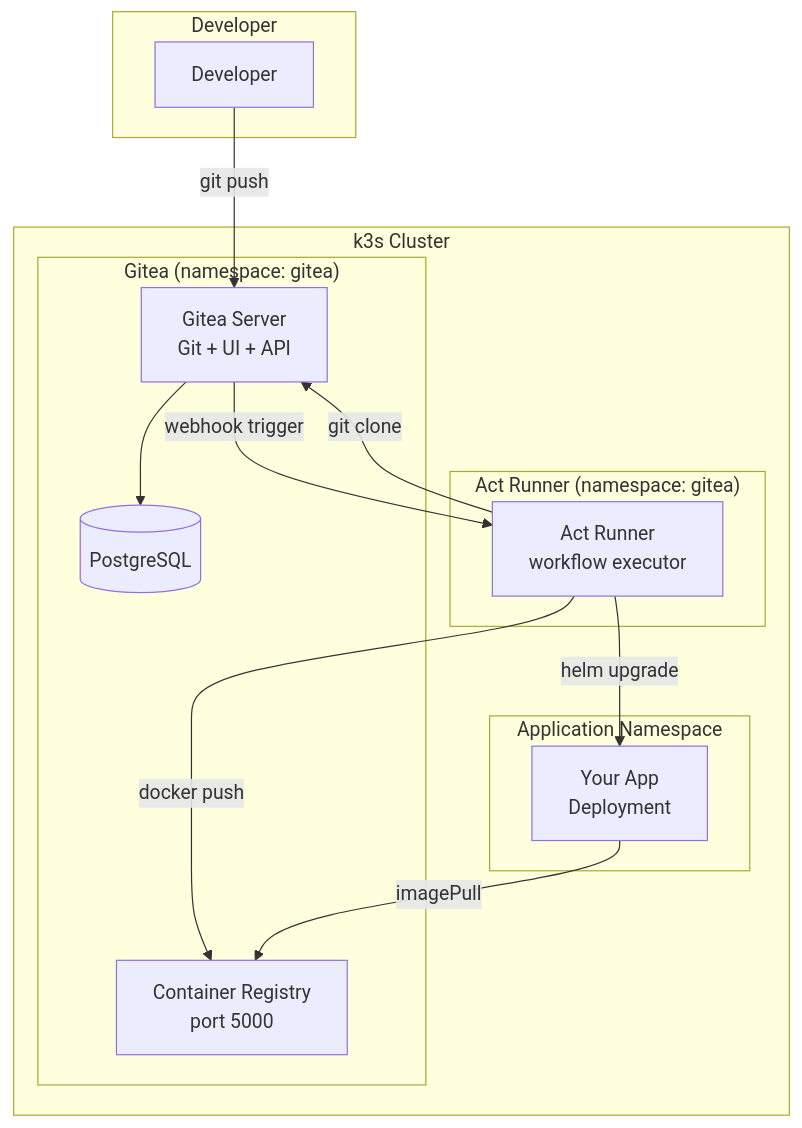
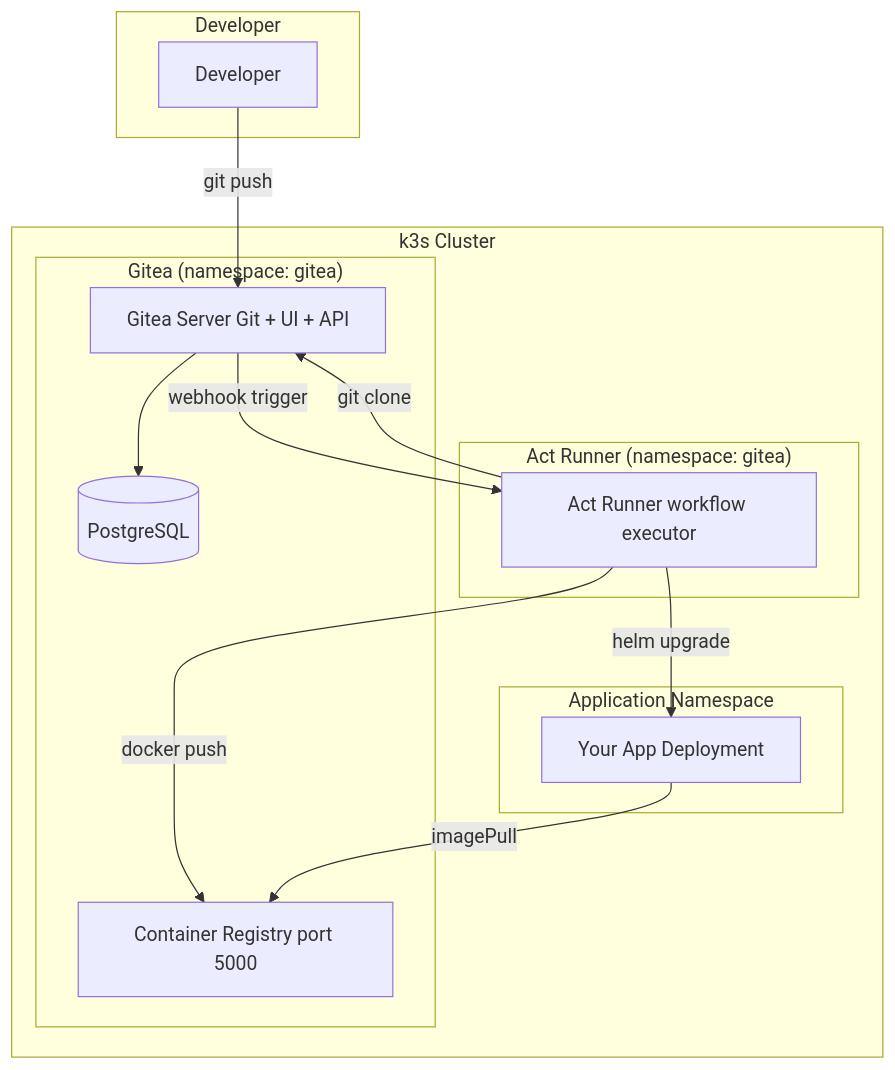
One commit to UncleJS/course_k3s changed the diagram in 12_cicd/03_gitea_act_runner_onprem.md. Above: the diagram before and after it, drawn with Mermaid. The commit also changed 57 other files, not shown here.

````diff
--- a/12_cicd/03_gitea_act_runner_onprem.md
+++ b/12_cicd/03_gitea_act_runner_onprem.md
@@ -45,29 +45,29 @@
 ```mermaid
 flowchart TD
     subgraph Cluster["k3s Cluster"]
         subgraph Gitea["Gitea (namespace: gitea)"]
-            GIT[Gitea Server\nGit + UI + API]
-            REG[Container Registry\nport 5000]
+            GIT[Gitea Server Git + UI + API]
+            REG[Container Registry port 5000]
             DB[(PostgreSQL)]
         end
 
         subgraph Runner["Act Runner (namespace: gitea)"]
-            AR[Act Runner\nworkflow executor]
+            AR[Act Runner workflow executor]
         end
 
         subgraph Apps["Application Namespace"]
-            DEPLOY[Your App\nDeployment]
+            DEPLOY[Your App Deployment]
         end
 
         AR -->|git clone| GIT
         AR -->|docker push| REG
         AR -->|helm upgrade| DEPLOY
         DEPLOY -->|imagePull| REG
         GIT --> DB
     end
 
     subgraph Developer
         DEV[Developer] -->|git push| GIT
         GIT -->|webhook trigger| AR
     end
 ```
````
